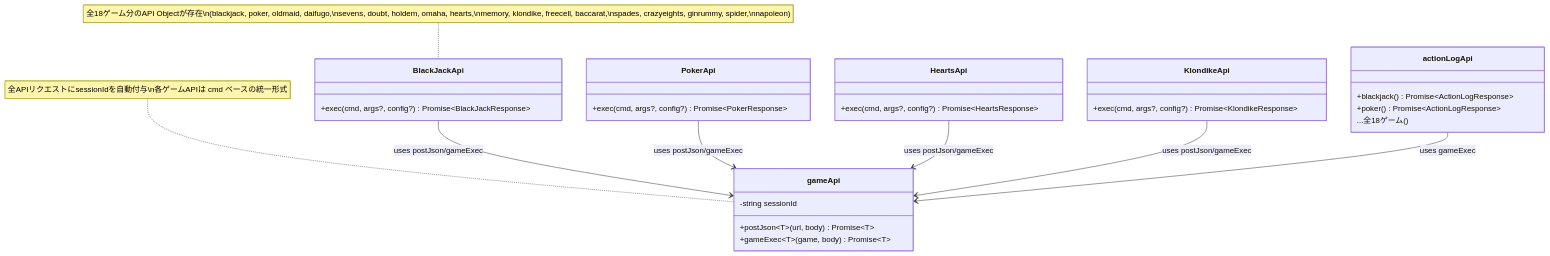
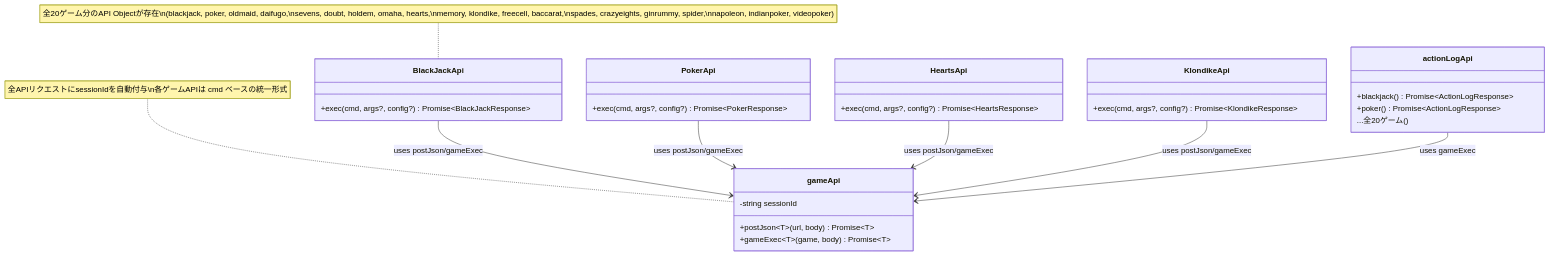
One commit to yuta-yoshinaga/go_trumpcards changed the third of 18 diagrams in docs/design/frontend.md. Above: the diagram before and after it, drawn with Mermaid. The commit also changed other lines of this file and 50 other files, not shown here.

````diff
--- a/docs/design/frontend.md
+++ b/docs/design/frontend.md
@@ -224,39 +232,39 @@
 ```mermaid
 classDiagram
     class gameApi {
         -string sessionId
         +postJson~T~(url, body) Promise~T~
         +gameExec~T~(game, body) Promise~T~
     }
 
     class BlackJackApi {
         +exec(cmd, args?, config?) Promise~BlackJackResponse~
     }
 
     class PokerApi {
         +exec(cmd, args?, config?) Promise~PokerResponse~
     }
 
     class HeartsApi {
         +exec(cmd, args?, config?) Promise~HeartsResponse~
     }
 
     class KlondikeApi {
         +exec(cmd, args?, config?) Promise~KlondikeResponse~
     }
 
     class actionLogApi {
         +blackjack() Promise~ActionLogResponse~
         +poker() Promise~ActionLogResponse~
-        ...全18ゲーム()
+        ...全20ゲーム()
     }
 
     BlackJackApi --> gameApi : uses postJson/gameExec
     PokerApi --> gameApi : uses postJson/gameExec
     HeartsApi --> gameApi : uses postJson/gameExec
     KlondikeApi --> gameApi : uses postJson/gameExec
     actionLogApi --> gameApi : uses gameExec
 
     note for gameApi "全APIリクエストにsessionIdを自動付与\n各ゲームAPIは cmd ベースの統一形式"
-    note for BlackJackApi "全18ゲーム分のAPI Objectが存在\n(blackjack, poker, oldmaid, daifugo,\nsevens, doubt, holdem, omaha, hearts,\nmemory, klondike, freecell, baccarat,\nspades, crazyeights, ginrummy, spider,\nnapoleon)"
+    note for BlackJackApi "全20ゲーム分のAPI Objectが存在\n(blackjack, poker, oldmaid, daifugo,\nsevens, doubt, holdem, omaha, hearts,\nmemory, klondike, freecell, baccarat,\nspades, crazyeights, ginrummy, spider,\nnapoleon, indianpoker, videopoker)"
 ```
````
